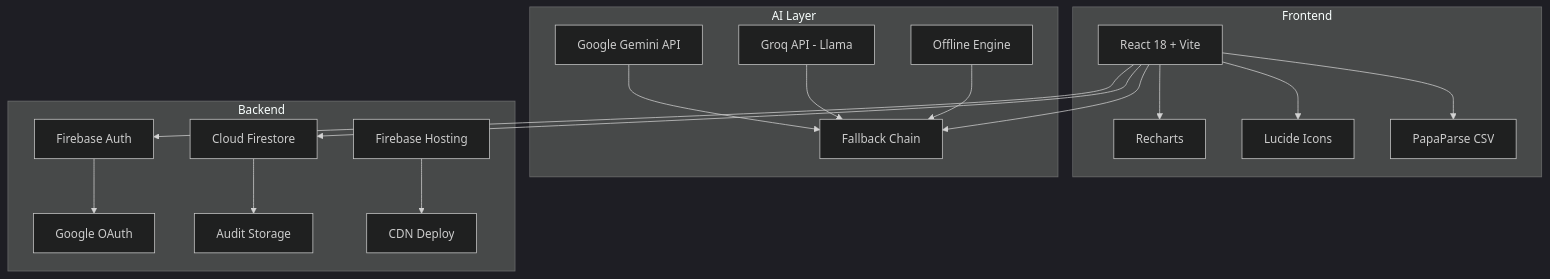
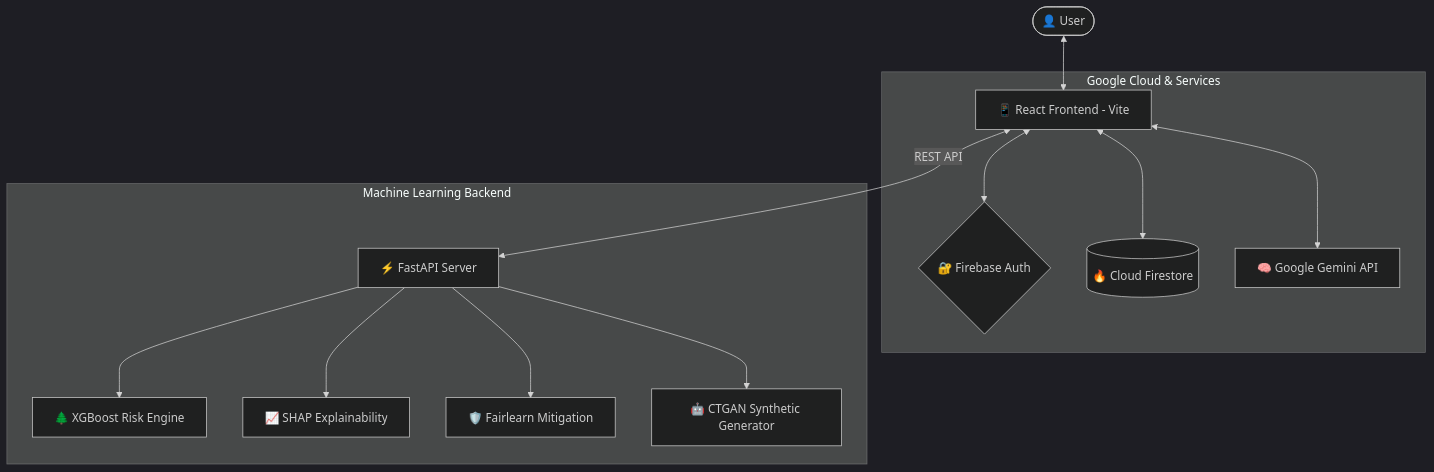
One commit to TENTAN-png/fairlens-ai changed the second of 2 diagrams in README.md. Above: the diagram before and after it, drawn with Mermaid (dark theme). The commit also changed other lines of this file and 57 other files, not shown here.

````diff
--- a/README.md
+++ b/README.md
@@ -133,24 +140,18 @@
 ```mermaid
-graph TB
-    subgraph Frontend
-        A[React 18 + Vite] --> B[Recharts]
-        A --> C[Lucide Icons]
-        A --> D[PapaParse CSV]
+flowchart TD
+    User([👤 User]) <--> FE[📱 React Frontend - Vite]
+    
+    subgraph Google Cloud & Services
+        FE <--> Auth{🔐 Firebase Auth}
+        FE <--> Store[(🔥 Cloud Firestore)]
+        FE <--> Gemini[🧠 Google Gemini API]
     end
     
-    subgraph AI Layer
-        E[Google Gemini API] --> F[Fallback Chain]
-        G[Groq API - Llama] --> F
-        H[Offline Engine] --> F
+    subgraph Machine Learning Backend
+        FE <-->|REST API| BE[⚡ FastAPI Server]
+        BE --> XGB[🌲 XGBoost Risk Engine]
+        BE --> SHAP[📈 SHAP Explainability]
+        BE --> FL[🛡️ Fairlearn Mitigation]
+        BE --> SDV[🤖 CTGAN Synthetic Generator]
     end
-    
-    subgraph Backend
-        I[Firebase Auth] --> J[Google OAuth]
-        K[Cloud Firestore] --> L[Audit Storage]
-        M[Firebase Hosting] --> N[CDN Deploy]
-    end
-    
-    A --> F
-    A --> I
-    A --> K
 ```
````
